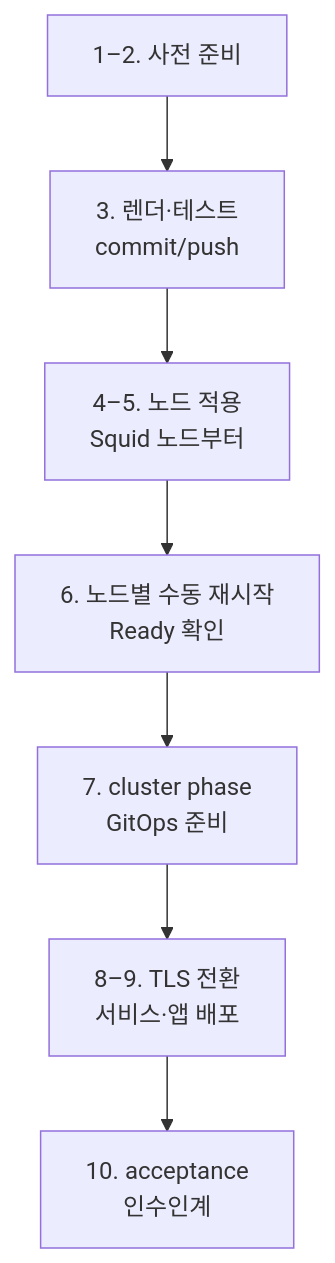
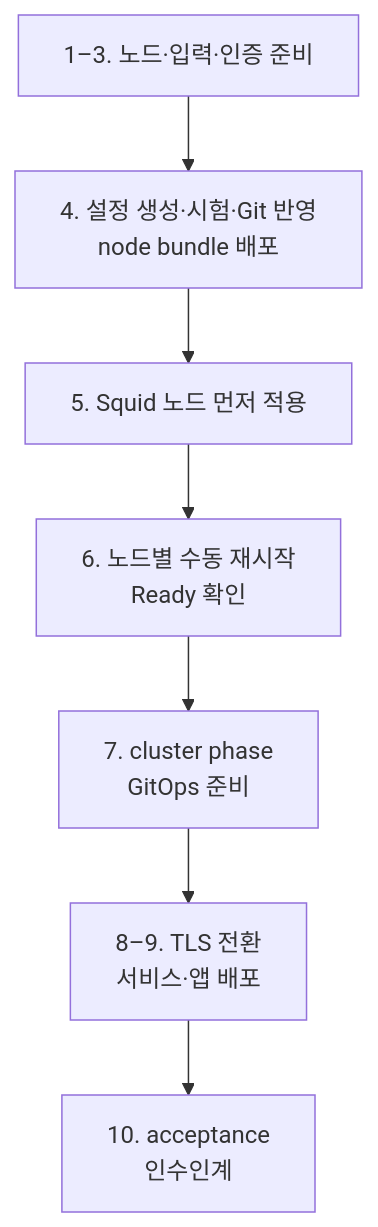
The diagram in docs/installation.md (KREONET/SADP), drawn with Mermaid before and after one commit. The commit also changed other lines of this file and 46 other files, not shown here.

````diff
--- a/docs/installation.md
+++ b/docs/installation.md
@@ -32,9 +109,9 @@
 ```mermaid
 flowchart TD
-    Ready["1–2. 사전 준비"] --> Render["3. 렌더·테스트<br/>commit/push"]
-    Render --> Nodes["4–5. 노드 적용<br/>Squid 노드부터"]
+    Ready["1–3. 노드·입력·인증 준비"] --> Render["4. 설정 생성·시험·Git 반영<br/>node bundle 배포"]
+    Render --> Nodes["5. Squid 노드 먼저 적용"]
     Nodes --> Restart["6. 노드별 수동 재시작<br/>Ready 확인"]
     Restart --> Cluster["7. cluster phase<br/>GitOps 준비"]
     Cluster --> TLS["8–9. TLS 전환<br/>서비스·앱 배포"]
     TLS --> Verify["10. acceptance<br/>인수인계"]
 ```
````
